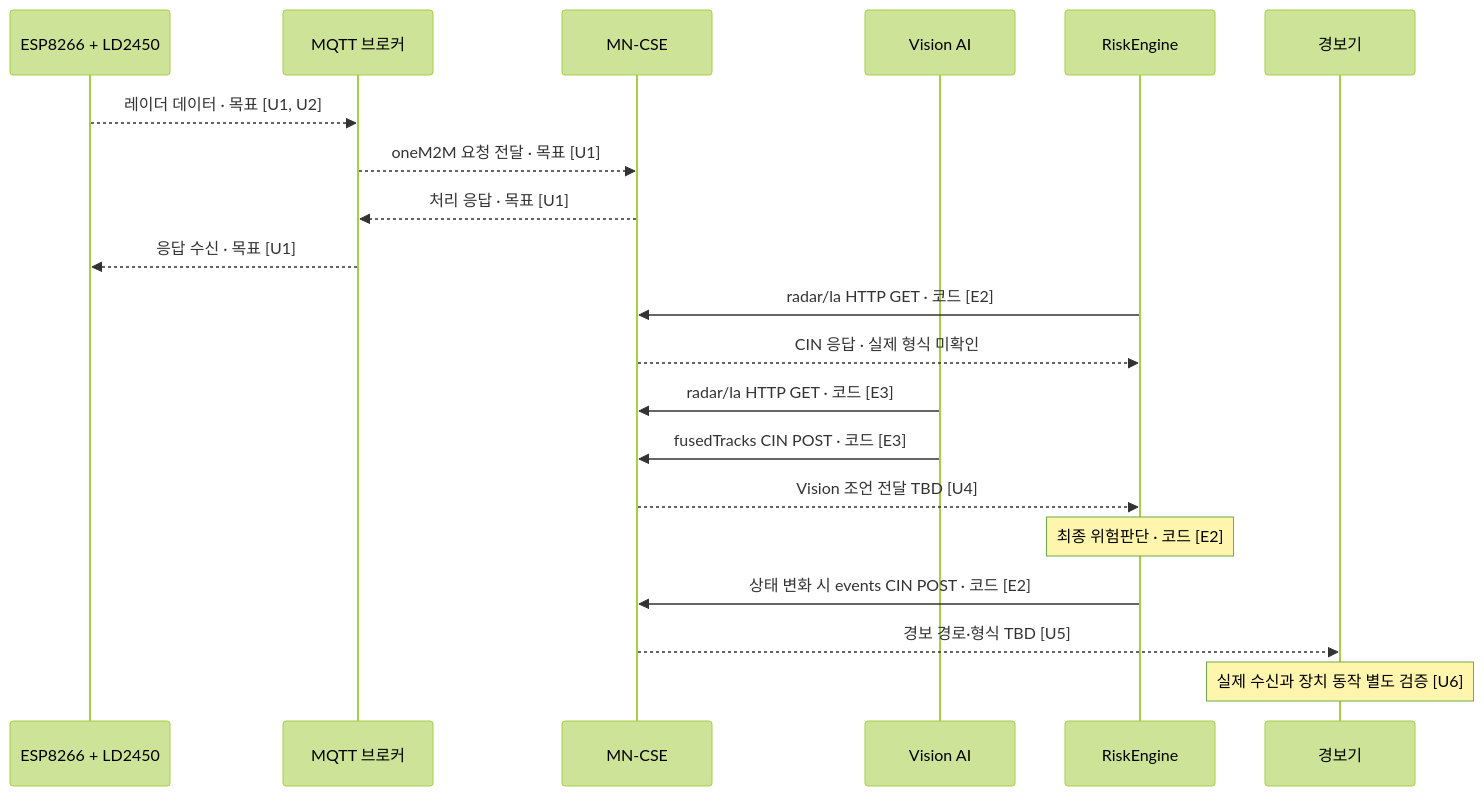
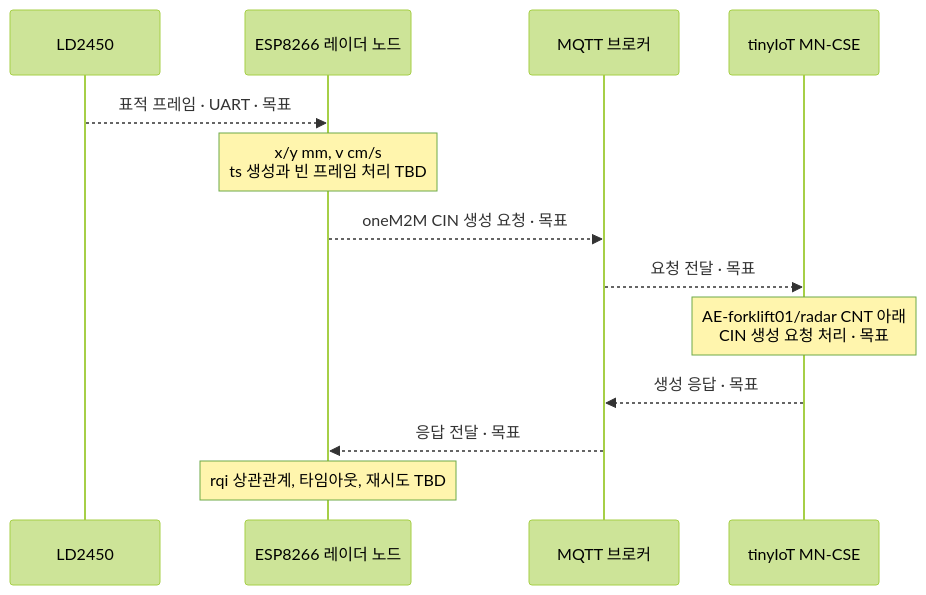
One commit to extra-7ex/Sejong_4IoT_OneM2M changed the second of 5 diagrams in docs/architecture.md. Above: the diagram before and after it, drawn with Mermaid (forest theme). The commit also changed other lines of this file, not shown here.

Commit message:
docs: illustrate critical SafeZone call flows

````diff
--- a/docs/architecture.md
+++ b/docs/architecture.md
@@ -92,22 +96,15 @@
 ```mermaid
 sequenceDiagram
-    participant R as ESP8266 + LD2450
-    participant B as MQTT 브로커
-    participant C as MN-CSE
-    participant V as Vision AI
-    participant E as RiskEngine
-    participant A as 경보기
-    R-->>B: 레이더 데이터 · 목표 [U1, U2]
-    B-->>C: oneM2M 요청 전달 · 목표 [U1]
-    C-->>B: 처리 응답 · 목표 [U1]
-    B-->>R: 응답 수신 · 목표 [U1]
-    E->>C: radar/la HTTP GET · 코드 [E2]
-    C-->>E: CIN 응답 · 실제 형식 미확인
-    V->>C: radar/la HTTP GET · 코드 [E3]
-    V->>C: fusedTracks CIN POST · 코드 [E3]
-    C-->>E: Vision 조언 전달 TBD [U4]
-    Note over E: 최종 위험판단 · 코드 [E2]
-    E->>C: 상태 변화 시 events CIN POST · 코드 [E2]
-    C-->>A: 경보 경로·형식 TBD [U5]
-    Note over A: 실제 수신과 장치 동작 별도 검증 [U6]
+    participant LD as LD2450
+    participant ESP as ESP8266 레이더 노드
+    participant MQTT as MQTT 브로커
+    participant CSE as tinyIoT MN-CSE
+    LD-->>ESP: 표적 프레임 · UART · 목표
+    Note over ESP: x/y mm, v cm/s<br/>ts 생성과 빈 프레임 처리 TBD
+    ESP-->>MQTT: oneM2M CIN 생성 요청 · 목표
+    MQTT-->>CSE: 요청 전달 · 목표
+    Note over CSE: AE-forklift01/radar CNT 아래<br/>CIN 생성 요청 처리 · 목표
+    CSE-->>MQTT: 생성 응답 · 목표
+    MQTT-->>ESP: 응답 전달 · 목표
+    Note over ESP: rqi 상관관계, 타임아웃, 재시도 TBD
 ```
````
